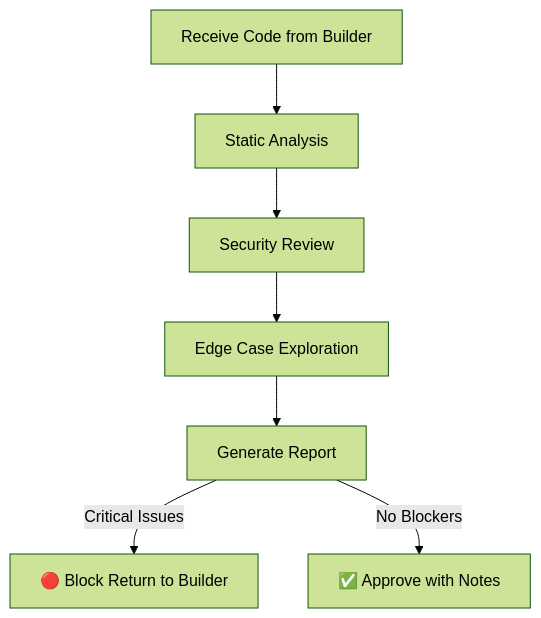
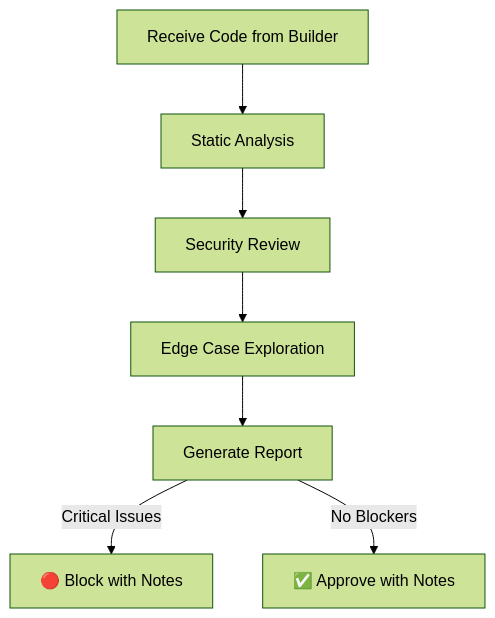
Before and after one commit to fabioc-aloha/Alex_Plug_In: the diagram in .github/agents/alex-validator.agent.md, drawn with Mermaid (forest theme). The commit also changed other lines of this file, not shown here.

Commit message:
docs: clarify Validator provides detailed notes for both approve and block outcomes

````diff
--- a/.github/agents/alex-validator.agent.md
+++ b/.github/agents/alex-validator.agent.md
@@ -107,9 +107,9 @@
 ```mermaid
 flowchart TD
     RECEIVE["Receive Code  from Builder"] --> SCAN["Static  Analysis"]
     SCAN --> SECURITY["Security  Review"]
     SECURITY --> EDGE["Edge Case  Exploration"]
     EDGE --> REPORT["Generate  Report"]
-    REPORT -->|Critical Issues| BLOCK["🔴 Block  Return to Builder"]
+    REPORT -->|Critical Issues| BLOCK["🔴 Block  with Notes"]
     REPORT -->|No Blockers| APPROVE["✅ Approve  with Notes"]
 ```
````
